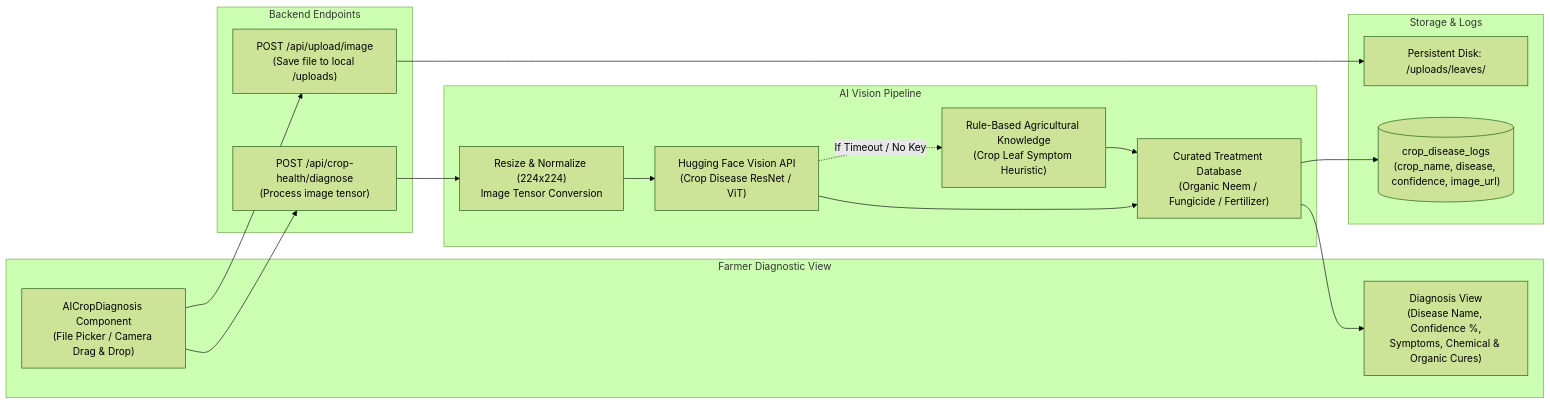
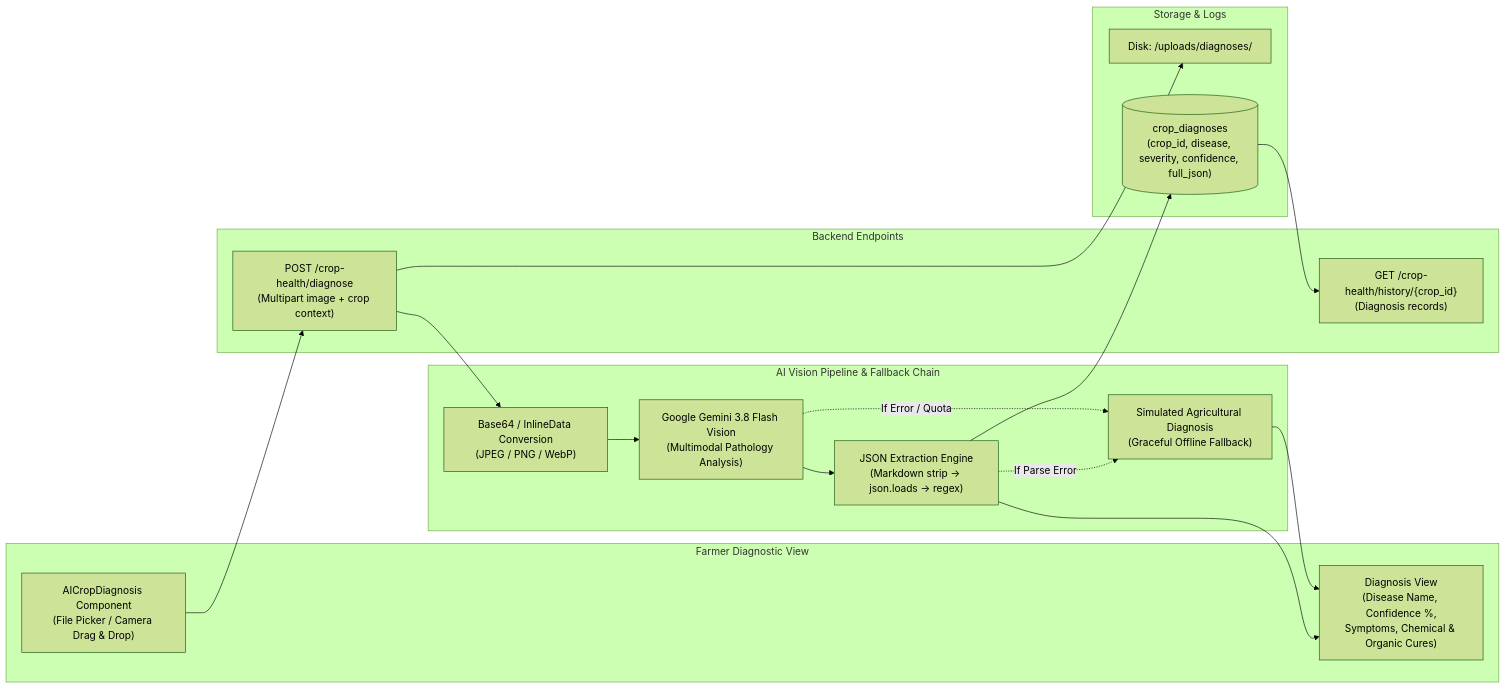
Before and after one commit to vinaykumarnethavath/AgriFlow.ai: the fourth of 16 diagrams in SYSTEM_ARCHITECTURE.md, drawn with Mermaid (forest theme). The commit also changed other lines of this file, not shown here.

Commit message:
docs: update SYSTEM_ARCHITECTURE.md with Gemini 3.8 Flash Vision pipeline and fallback chain

````diff
--- a/SYSTEM_ARCHITECTURE.md
+++ b/SYSTEM_ARCHITECTURE.md
@@ -205,36 +205,37 @@
 ```mermaid
 graph LR
     subgraph FrontendUI ["Farmer Diagnostic View"]
         Comp_Upload["AICropDiagnosis Component\n(File Picker / Camera Drag & Drop)"]
         Comp_Results["Diagnosis View\n(Disease Name, Confidence %,\nSymptoms, Chemical & Organic Cures)"]
     end
 
     subgraph BackendEndpoints ["Backend Endpoints"]
-        EP_Upload["POST /api/upload/image\n(Save file to local /uploads)"]
-        EP_Diagnose["POST /api/crop-health/diagnose\n(Process image tensor)"]
+        EP_Upload["POST /crop-health/diagnose\n(Multipart image + crop context)"]
+        EP_History["GET /crop-health/history/{crop_id}\n(Diagnosis records)"]
     end
 
-    subgraph AIModelPipeline ["AI Vision Pipeline"]
-        Preprocess["Resize & Normalize (224x224)\nImage Tensor Conversion"]
-        HF_Inference["Hugging Face Vision API\n(Crop Disease ResNet / ViT)"]
-        Fallback_Rules["Rule-Based Agricultural Knowledge\n(Crop Leaf Symptom Heuristic)"]
-        Remedy_DB["Curated Treatment Database\n(Organic Neem / Fungicide / Fertilizer)"]
+    subgraph AIModelPipeline ["AI Vision Pipeline & Fallback Chain"]
+        Base64Decode["Base64 / InlineData Conversion\n(JPEG / PNG / WebP)"]
+        Gemini_Vision["Google Gemini 3.8 Flash Vision\n(Multimodal Pathology Analysis)"]
+        JSON_Extract["JSON Extraction Engine\n(Markdown strip -> json.loads -> regex)"]
+        Mock_Fallback["Simulated Agricultural Diagnosis\n(Graceful Offline Fallback)"]
     end
 
     subgraph StorageEngine ["Storage & Logs"]
-        FS_Uploads["Persistent Disk: /uploads/leaves/"]
-        T_CropDiag[("crop_disease_logs\n(crop_name, disease, confidence, image_url)")]
+        FS_Uploads["Disk: /uploads/diagnoses/"]
+        T_CropDiag[("crop_diagnoses\n(crop_id, disease, severity, confidence, full_json)")]
     end
 
     Comp_Upload --> EP_Upload
     EP_Upload --> FS_Uploads
-    Comp_Upload --> EP_Diagnose
+    EP_Upload --> Base64Decode
 
-    EP_Diagnose --> Preprocess
-    Preprocess --> HF_Inference
-    HF_Inference -. If Timeout / No Key .-> Fallback_Rules
-    HF_Inference --> Remedy_DB
-    Fallback_Rules --> Remedy_DB
-    Remedy_DB --> T_CropDiag
-    Remedy_DB --> Comp_Results
+    Base64Decode --> Gemini_Vision
+    Gemini_Vision --> JSON_Extract
+    Gemini_Vision -. If Error / Quota .-> Mock_Fallback
+    JSON_Extract -. If Parse Error .-> Mock_Fallback
+    JSON_Extract --> T_CropDiag
+    Mock_Fallback --> Comp_Results
+    JSON_Extract --> Comp_Results
+    T_CropDiag --> EP_History
 ```
````
